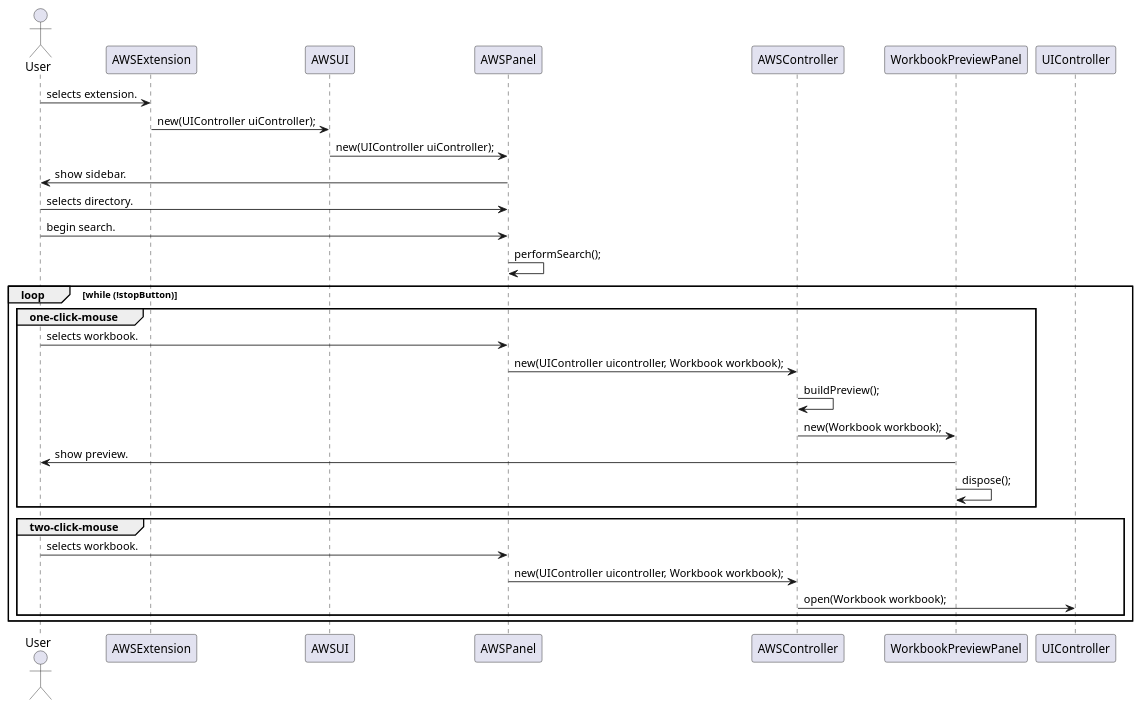
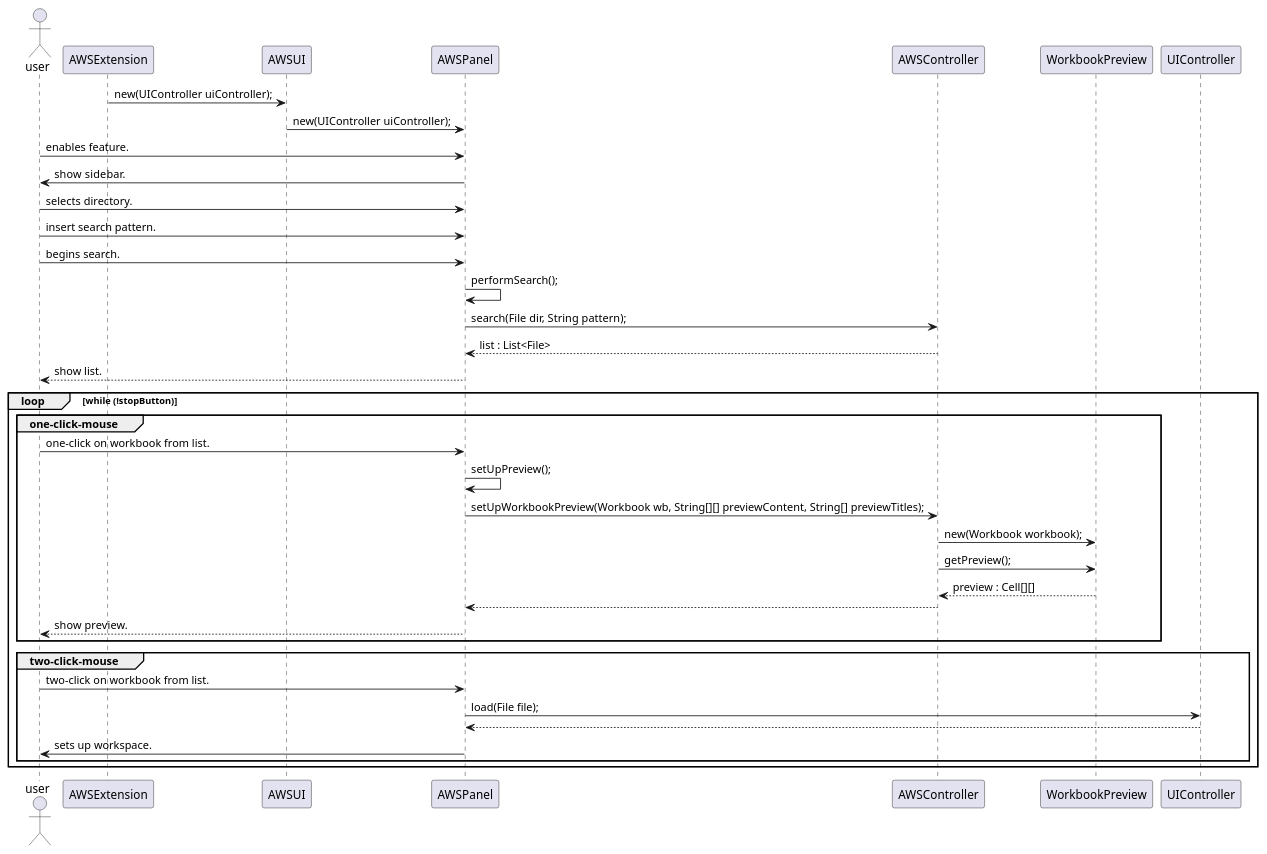
Before and after one commit to RubenTeixeira/cleansheets_isep_2dg_2016: the diagram in src/main/java/csheets/worklog/n1130383/sprint3/ipc02.2-Sequence_Diagram.puml, drawn with PlantUML. The commit also changed 5 other files, not shown here.

```diff
--- a/src/main/java/csheets/worklog/n1130383/sprint3/ipc02.2-Sequence_Diagram.puml
+++ b/src/main/java/csheets/worklog/n1130383/sprint3/ipc02.2-Sequence_Diagram.puml
@@ -1,36 +1,45 @@
   @startuml doc-files/ipc02.2_sequence_diagram.png
 
-  actor User
+  actor user
 
   participant AWSExtension as ex
   participant AWSUI as ui
   participant AWSPanel as panel
   participant  AWSController as cont
-  participant  WorkbookPreviewPanel as p
+  participant  WorkbookPreview as p
 	participant UIController as uicont
 
-  User -> ex : selects extension.
-	ex-> ui : new(UIController uiController);
+
+ex-> ui : new(UIController uiController);
 ui -> panel : new(UIController uiController);
-User <-panel : show sidebar.
-User ->panel : selects directory.
-User ->panel : begin search.
+user -> panel : enables feature.
+user <-panel : show sidebar.
+user ->panel : selects directory.
+user ->panel : insert search pattern.
+user ->panel : begins search.
 panel -> panel : performSearch();
+panel -> cont : search(File dir, String pattern);
+panel <-- cont : list : List<File>
+user <--panel : show list.
 
 loop while (!stopButton)
 group one-click-mouse
-User->panel : selects workbook.
-panel -> cont : new(UIController uicontroller, Workbook workbook);
-cont -> cont : buildPreview();
+user->panel : one-click on workbook from list.
+panel -> panel : setUpPreview();
+panel -> cont : setUpWorkbookPreview(Workbook wb, String[][] previewContent, String[] previewTitles);
 cont -> p : new(Workbook workbook);
-p -> User : show preview.
-p -> p : dispose();
+cont -> p : getPreview();
+cont <-- p : preview : Cell[][]
+panel <-- cont:
+user <-- panel : show preview.
 end
+
 group two-click-mouse
-User->panel : selects workbook.
-panel -> cont : new(UIController uicontroller, Workbook workbook);
-cont -> uicont : open(Workbook workbook);
+user->panel : two-click on workbook from list.
+panel -> uicont : load(File file);
+panel <--uicont :
+user <- panel : sets up workspace.
 end
 end loop
 
   @enduml
```
